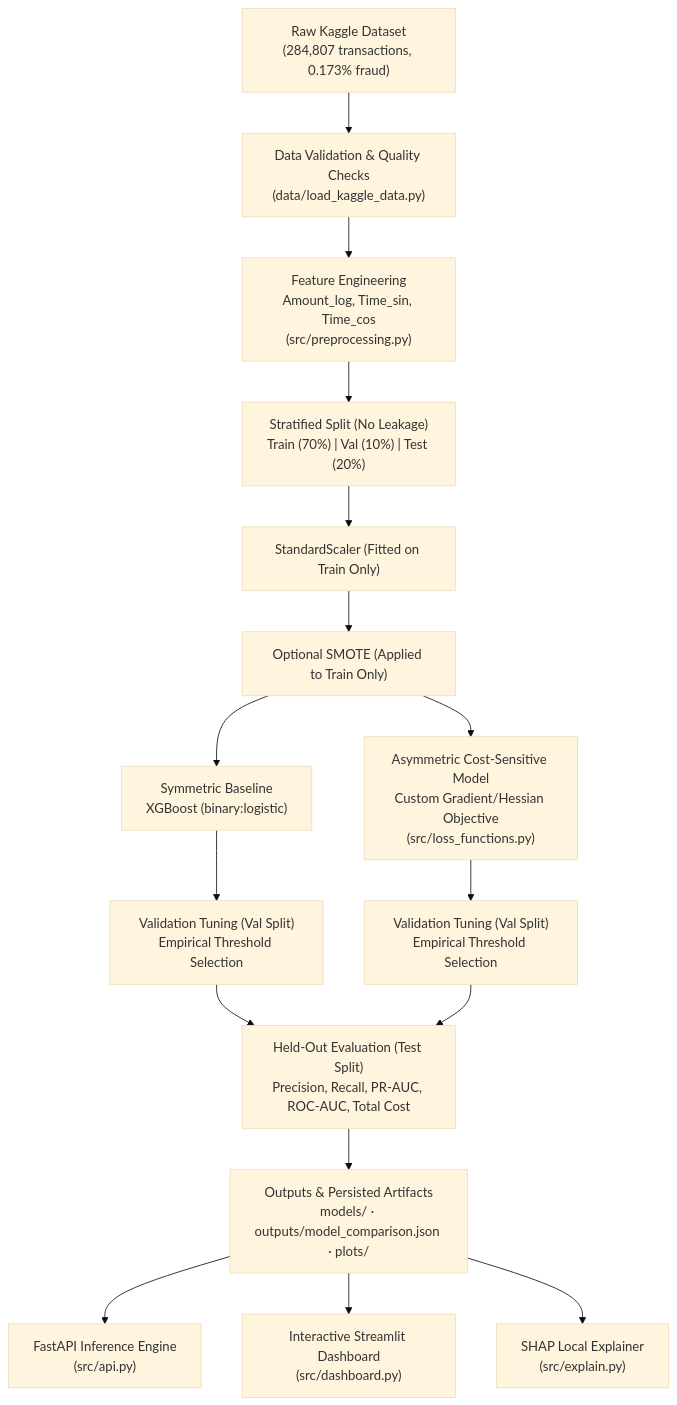
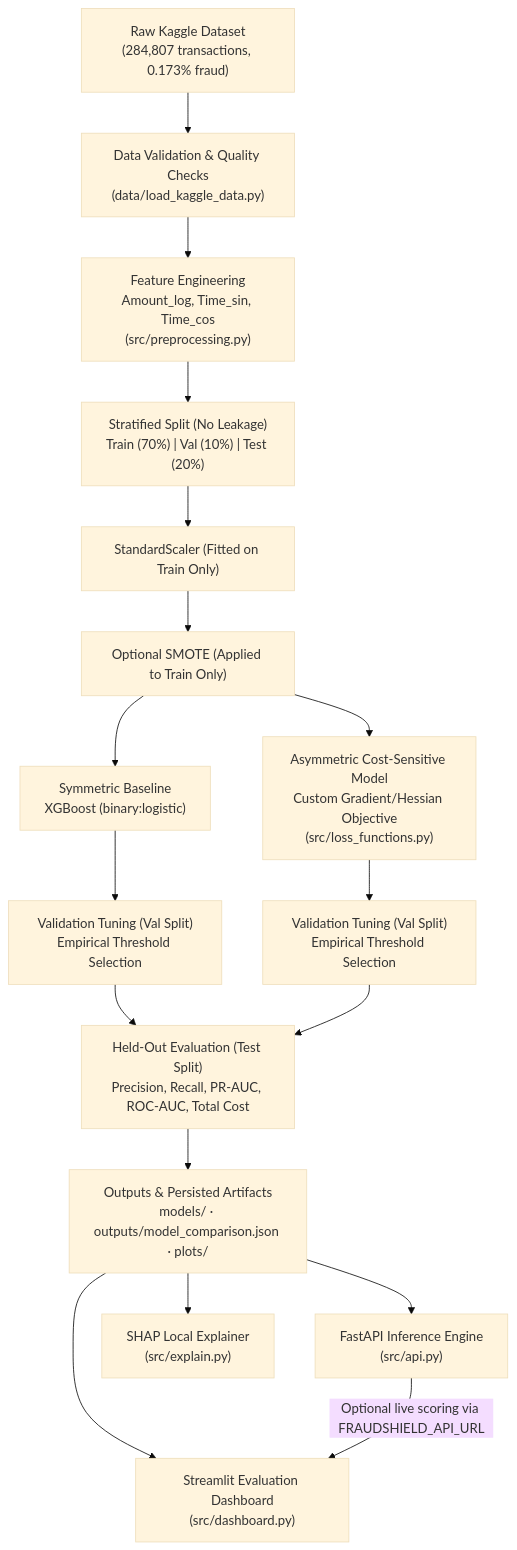
The first of 2 diagrams in README.md (Saumya-Mishra-536/FraudShield_AI), drawn with Mermaid (base theme) before and after one commit. The commit also changed other lines of this file and 14 other files, not shown here.

````diff
--- a/README.md
+++ b/README.md
@@ -27,24 +27,25 @@
 ```mermaid
 flowchart TD
     A["Raw Kaggle Dataset\n(284,807 transactions, 0.173% fraud)"] --> B["Data Validation & Quality Checks\n(data/load_kaggle_data.py)"]
     B --> C["Feature Engineering\nAmount_log, Time_sin, Time_cos\n(src/preprocessing.py)"]
     C --> D["Stratified Split (No Leakage)\nTrain (70%) | Val (10%) | Test (20%)"]
     
     D --> E1["StandardScaler (Fitted on Train Only)"]
     E1 --> E2["Optional SMOTE (Applied to Train Only)"]
     
     E2 --> F1["Symmetric Baseline\nXGBoost (binary:logistic)"]
     E2 --> F2["Asymmetric Cost-Sensitive Model\nCustom Gradient/Hessian Objective\n(src/loss_functions.py)"]
     
     F1 --> G1["Validation Tuning (Val Split)\nEmpirical Threshold Selection"]
     F2 --> G2["Validation Tuning (Val Split)\nEmpirical Threshold Selection"]
     
     G1 --> H["Held-Out Evaluation (Test Split)\nPrecision, Recall, PR-AUC, ROC-AUC, Total Cost"]
     G2 --> H
     
     H --> I["Outputs & Persisted Artifacts\nmodels/ · outputs/model_comparison.json · plots/"]
     
     I --> J1["FastAPI Inference Engine\n(src/api.py)"]
-    I --> J2["Interactive Streamlit Dashboard\n(src/dashboard.py)"]
+    I --> J2["Streamlit Evaluation Dashboard\n(src/dashboard.py)"]
+    J1 -->|Optional live scoring via FRAUDSHIELD_API_URL| J2
     I --> J3["SHAP Local Explainer\n(src/explain.py)"]
 ```
````
